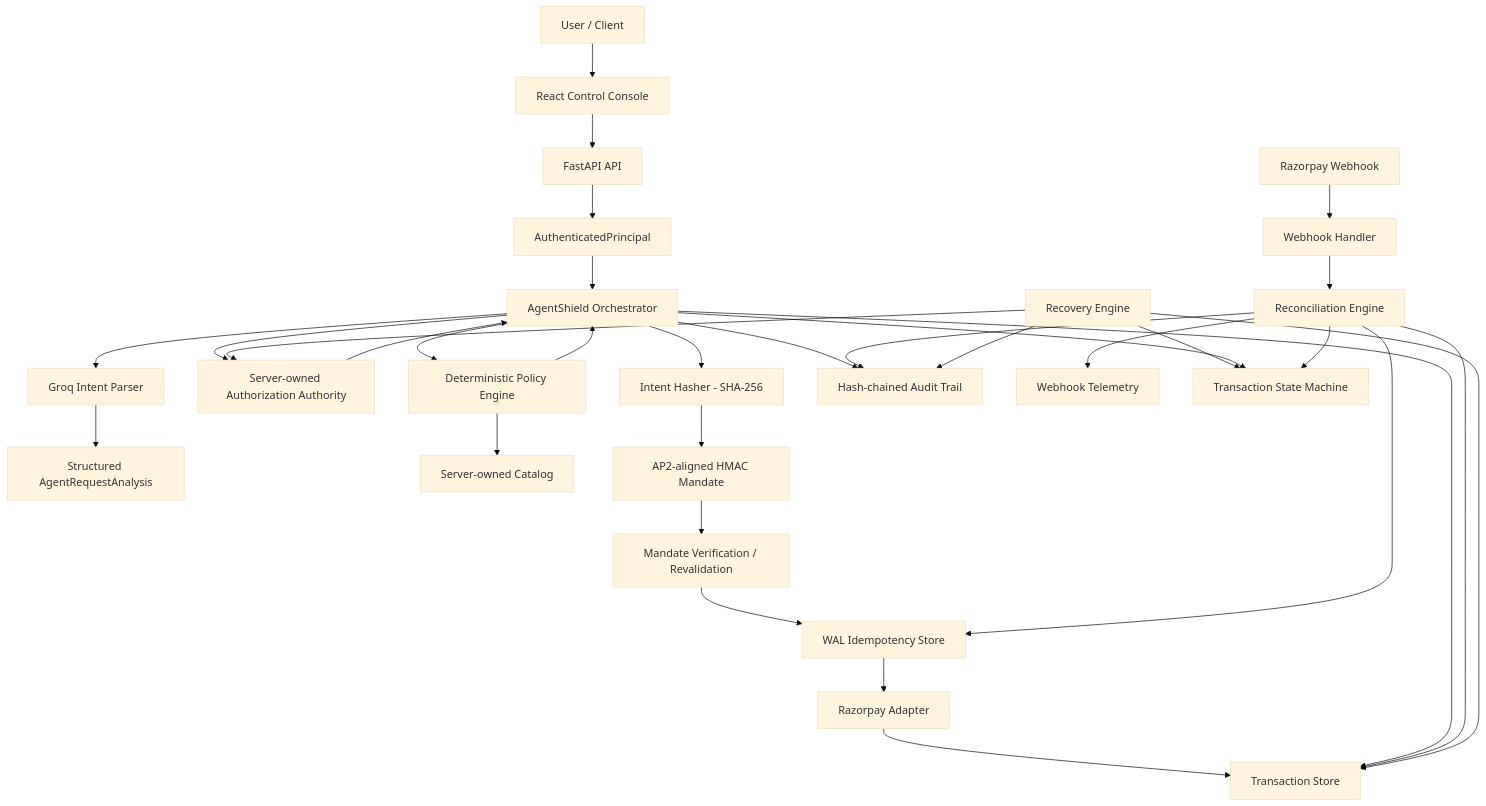
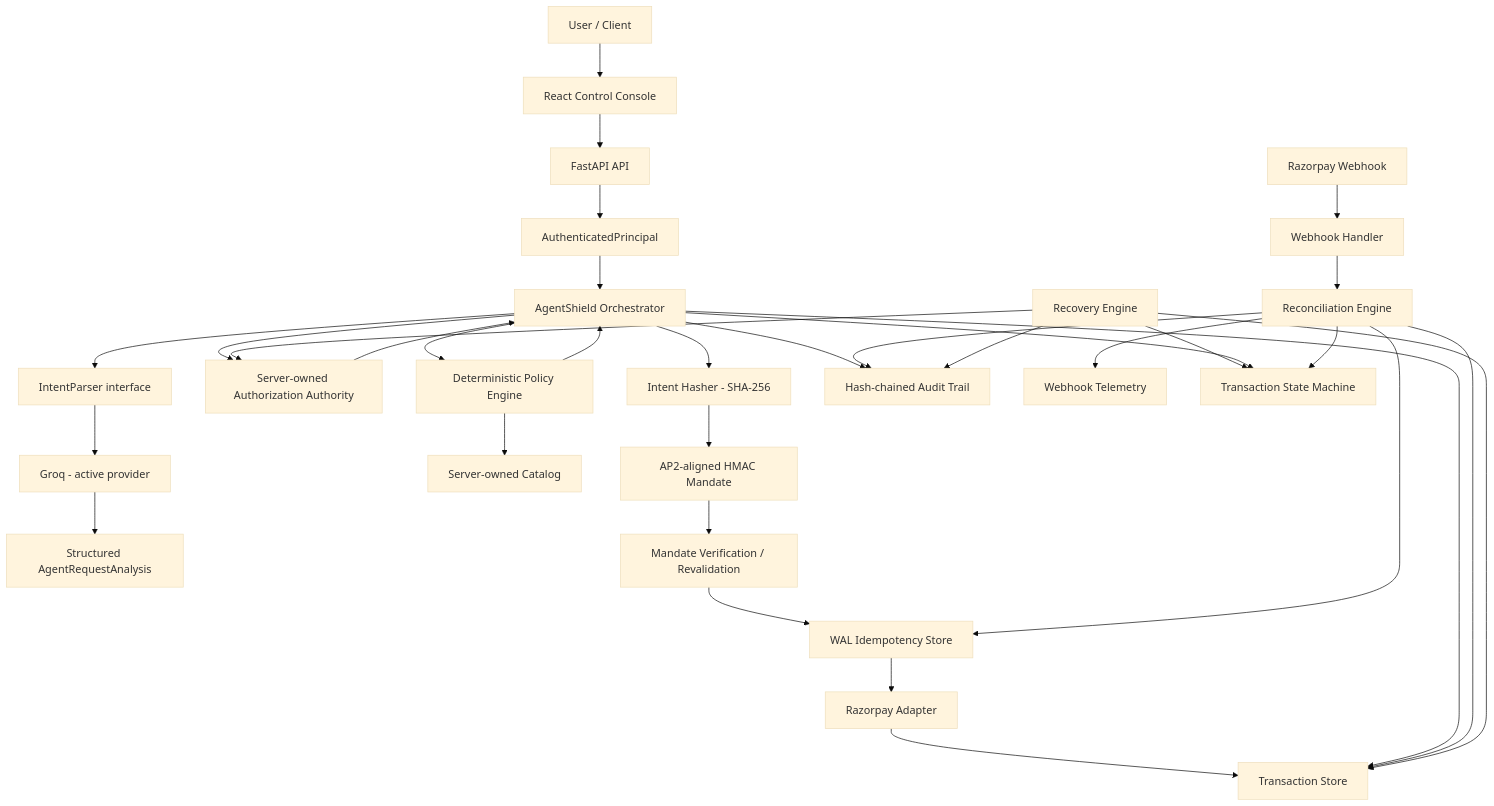
One commit to 31groot/agentshield changed the first of 5 diagrams in README.md. Above: the diagram before and after it, drawn with Mermaid (base theme). The commit also changed other lines of this file, not shown here.

````diff
--- a/README.md
+++ b/README.md
@@ -42,44 +22,45 @@
 ```mermaid
 flowchart TD
     U[User / Client] --> UI[React Control Console]
     UI --> API[FastAPI API]
 
     API --> AUTHN[AuthenticatedPrincipal]
     AUTHN --> ORCH[AgentShield Orchestrator]
 
-    ORCH --> LLM[Groq Intent Parser]
+    ORCH --> PARSER[IntentParser interface]
+    PARSER --> LLM[Groq - active provider]
     LLM --> ANALYSIS[Structured AgentRequestAnalysis]
 
     ORCH --> AUTHZ[Server-owned Authorization Authority]
     ORCH --> POLICY[Deterministic Policy Engine]
     POLICY --> CAT[Server-owned Catalog]
 
     AUTHZ --> ORCH
     POLICY --> ORCH
 
     ORCH --> HASH[Intent Hasher - SHA-256]
     HASH --> MANDATE[AP2-aligned HMAC Mandate]
     MANDATE --> VERIFY[Mandate Verification / Revalidation]
 
     VERIFY --> IDEMP[WAL Idempotency Store]
     IDEMP --> PAY[Razorpay Adapter]
 
     PAY --> TXN[Transaction Store]
     ORCH --> TXN
     ORCH --> AUDIT[Hash-chained Audit Trail]
 
     RZ[Razorpay Webhook] --> WH[Webhook Handler]
     WH --> RECON[Reconciliation Engine]
     RECON --> TXN
     RECON --> IDEMP
     RECON --> AUDIT
     RECON --> TEL[Webhook Telemetry]
 
     REC[Recovery Engine] --> AUTHZ
     REC --> TXN
     REC --> AUDIT
     REC --> SM[Transaction State Machine]
 
     ORCH --> SM
     RECON --> SM
 ```
````
